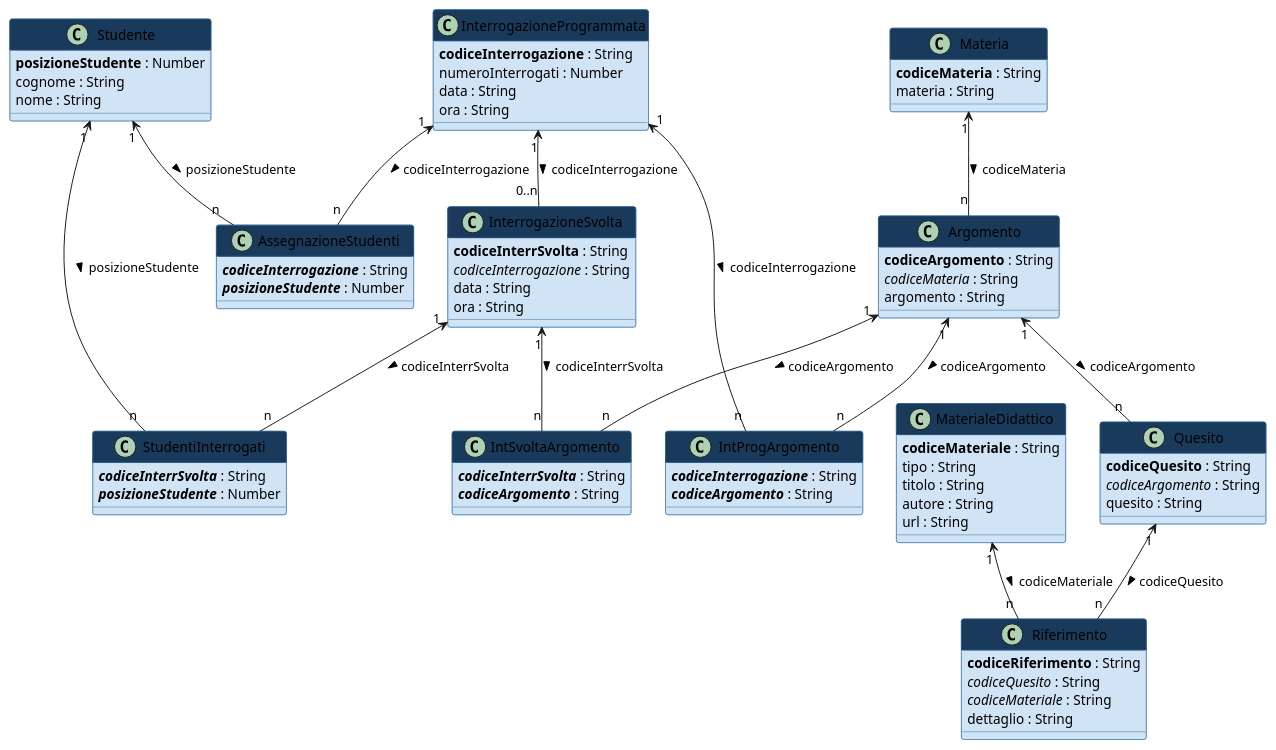
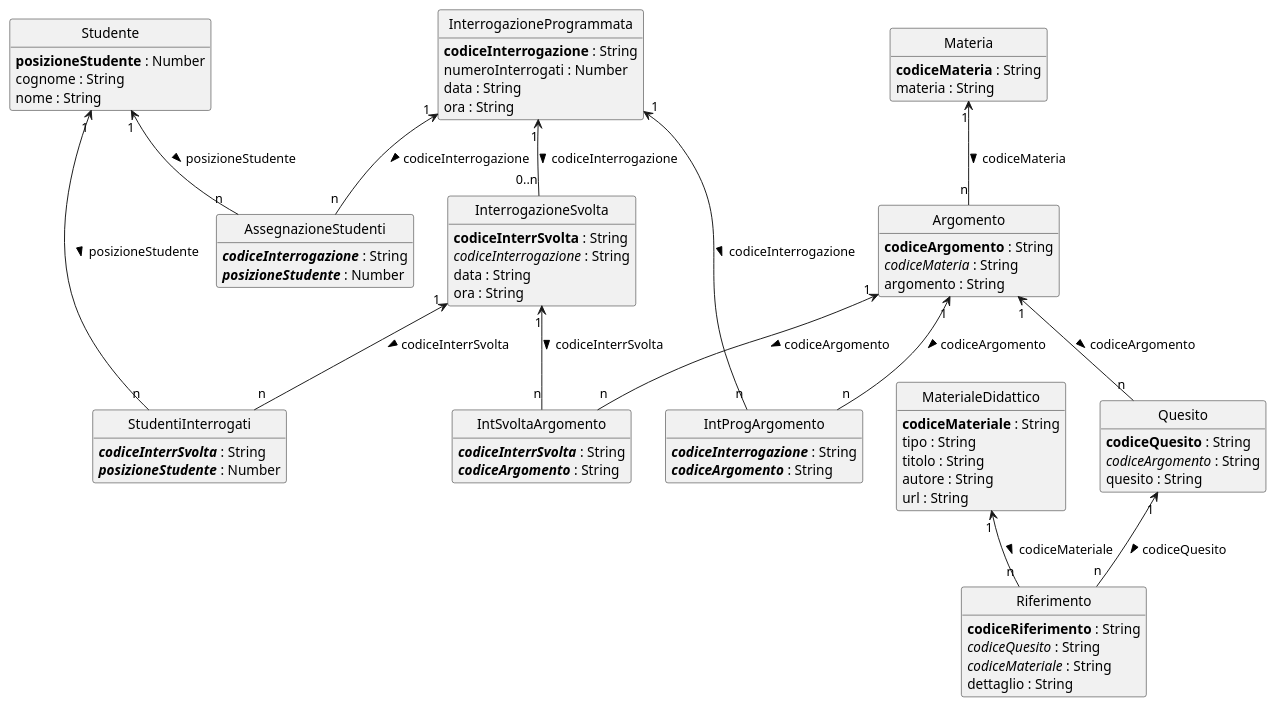
Before and after one commit to gionatamassibenincasa/study-together: the eighth of 8 diagrams in srs.adoc, drawn with PlantUML. The commit also changed other lines of this file and 17 other files, not shown here.

```diff
--- a/srs.adoc
+++ b/srs.adoc
@@ -982,10 +1002,12 @@
 [plantuml, class-diagram, svg]
 ....
 @startuml
-skinparam classBackgroundColor #D0E4F5
-skinparam classBorderColor #2E6DA4
-skinparam classHeaderBackgroundColor #1A3A5C
-skinparam classHeaderFontColor #FFFFFF
+' skinparam classBackgroundColor #D0E4F5
+' skinparam classBorderColor #2E6DA4
+' skinparam classHeaderBackgroundColor #1A3A5C
+' skinparam classHeaderFontColor #FFFFFF
+hide circle
+hide method
 
 class Studente {
   **posizioneStudente** : Number
```
